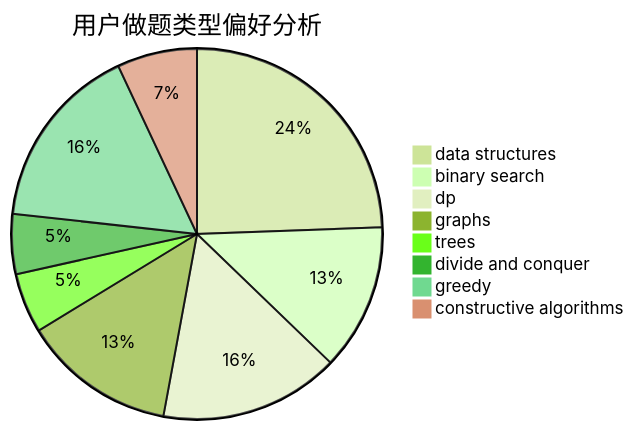
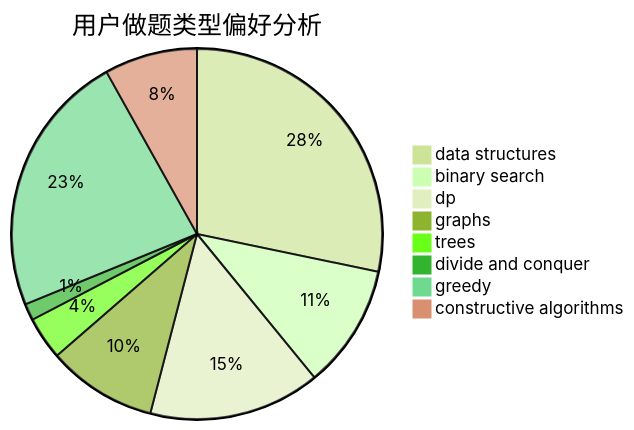
The second of 3 diagrams in docs/user/u1644.md (sherpahu/cfrs.github.io), drawn with Mermaid (forest theme) before and after one commit. The commit also changed other lines of this file and 2770 other files, not shown here.

````diff
--- a/docs/user/u1644.md
+++ b/docs/user/u1644.md
@@ -23,11 +23,11 @@
 ```mermaid
 pie title 用户做题类型偏好分析
-    "data structures" :  42
-    "binary search" :  22
-    "dp" :  27
-    "graphs" :  23
-    "trees" :  9
-    "divide and conquer" :  9
-    "greedy" :  28
-    "constructive algorithms" :  12
+    "data structures" :  136
+    "binary search" :  52
+    "dp" :  72
+    "graphs" :  46
+    "trees" :  18
+    "divide and conquer" :  7
+    "greedy" :  111
+    "constructive algorithms" :  39
 ```
````
